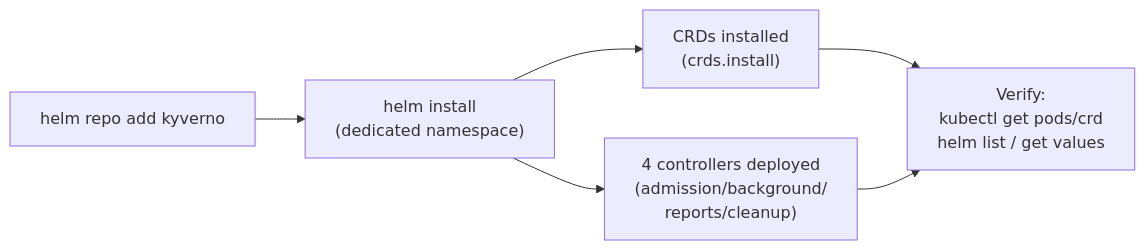
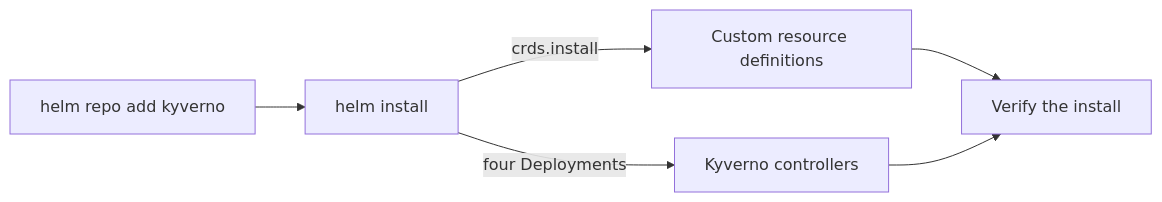
Before and after one commit to astrona-io/ATS008: the diagram in sections/section-010/module-01/course.md, drawn with Mermaid. The commit also changed other lines of this file and 258 other files, not shown here.

````diff
--- a/sections/section-010/module-01/course.md
+++ b/sections/section-010/module-01/course.md
@@ -5,8 +7,8 @@
 ```mermaid
 flowchart LR
-    A["helm repo add kyverno"] --> B["helm install\n(dedicated namespace)"]
-    B --> C["CRDs installed\n(crds.install)"]
-    B --> D["4 controllers deployed\n(admission/background/\nreports/cleanup)"]
-    C --> E["Verify:\nkubectl get pods/crd\nhelm list / get values"]
+    A["helm repo add kyverno"] --> B["helm install"]
+    B -->|"crds.install"| C["Custom resource definitions"]
+    B -->|"four Deployments"| D["Kyverno controllers"]
+    C --> E["Verify the install"]
     D --> E
 ```
````
